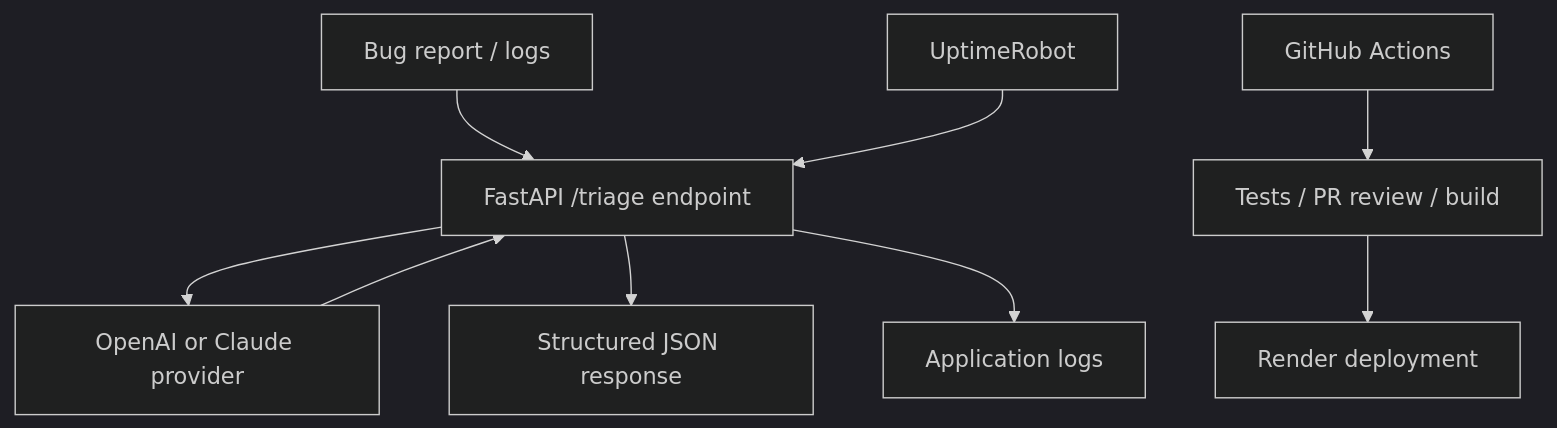
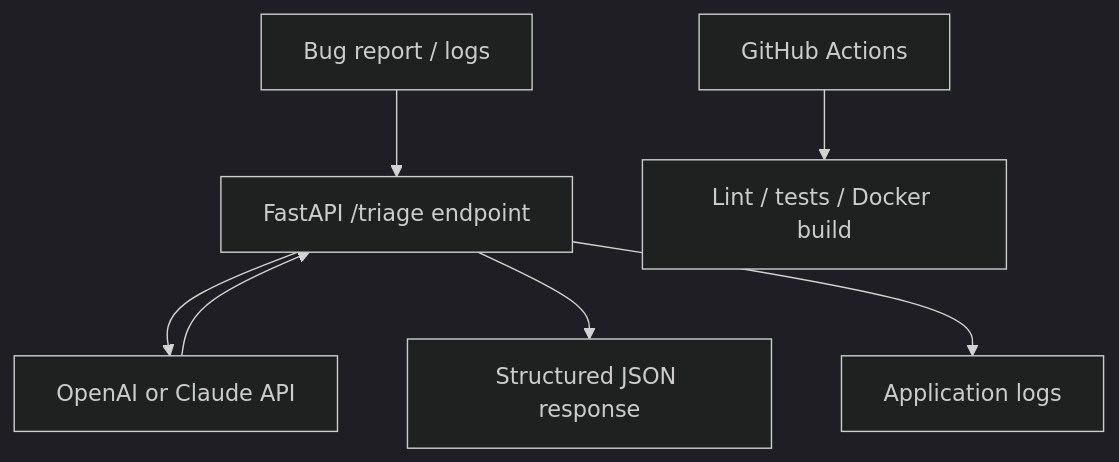
One commit to StevenB96/ai-sdlc-workflow-projects changed the first of 2 diagrams in README.md. Above: the diagram before and after it, drawn with Mermaid (dark theme). The commit also changed other lines of this file and 38 other files, not shown here.

````diff
--- a/README.md
+++ b/README.md
@@ -310,11 +277,9 @@
 ```mermaid
 flowchart TD
     A[Bug report / logs] --> B[FastAPI /triage endpoint]
-    B --> C[OpenAI or Claude provider]
+    B --> C[OpenAI or Claude API]
     C --> B
     B --> D[Structured JSON response]
     B --> E[Application logs]
-    F[GitHub Actions] --> G[Tests / PR review / build]
-    G --> H[Render deployment]
-    I[UptimeRobot] --> B
+    F[GitHub Actions] --> G[Lint / tests / Docker build]
 ```
````
